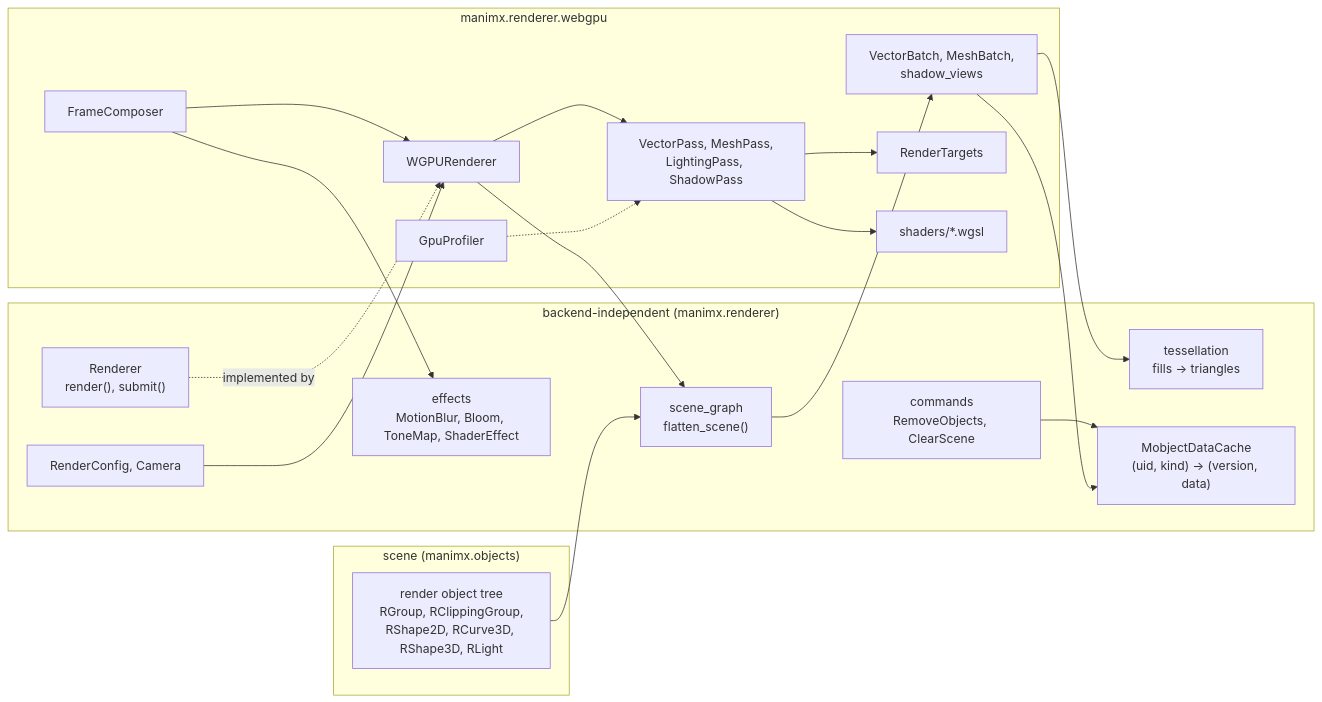
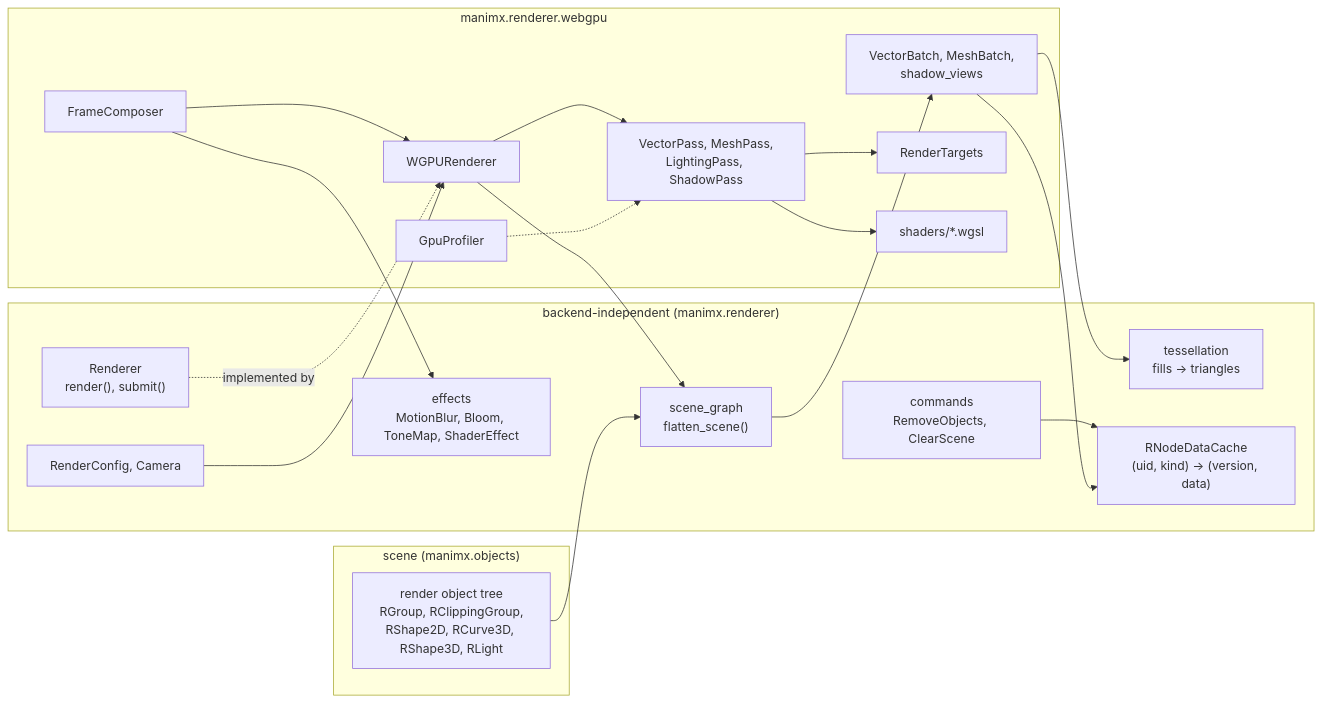
The first of 6 diagrams in manimx/manimx/renderer/README.md (MrDiver/manim), drawn with Mermaid before and after one commit. The commit also changed other lines of this file and 16 other files, not shown here.

First line of the commit message:
manimx: rename MobjectDataCache to RNodeDataCache

````diff
--- a/manimx/manimx/renderer/README.md
+++ b/manimx/manimx/renderer/README.md
@@ -158,39 +158,39 @@
 ```mermaid
 flowchart LR
     subgraph Scene["scene (manimx.objects)"]
         Tree["render object tree<br/>RGroup, RClippingGroup,<br/>RShape2D, RCurve3D, RShape3D, RLight"]
     end
 
     subgraph Backend["backend-independent (manimx.renderer)"]
         Interface["Renderer<br/>render(), submit()"]
         Graph["scene_graph<br/>flatten_scene()"]
         Tess["tessellation<br/>fills -> triangles"]
-        Cache["MobjectDataCache<br/>(uid, kind) -> (version, data)"]
+        Cache["RNodeDataCache<br/>(uid, kind) -> (version, data)"]
         Commands["commands<br/>RemoveObjects, ClearScene"]
         Config["RenderConfig, Camera"]
         Effects["effects<br/>MotionBlur, Bloom, ToneMap, ShaderEffect"]
     end
 
     subgraph WebGPU["manimx.renderer.webgpu"]
         Renderer["WGPURenderer"]
         Composer["FrameComposer"]
         Batches["VectorBatch, MeshBatch,<br/>shadow_views"]
         Passes["VectorPass, MeshPass,<br/>LightingPass, ShadowPass"]
         Targets["RenderTargets"]
         Profiler["GpuProfiler"]
         Shaders["shaders/*.wgsl"]
     end
 
     Tree --> Graph
     Interface -. implemented by .-> Renderer
     Commands --> Cache
     Renderer --> Graph --> Batches
     Batches --> Tess
     Batches --> Cache
     Renderer --> Passes --> Shaders
     Passes --> Targets
     Composer --> Renderer
     Composer --> Effects
     Config --> Renderer
     Profiler -.-> Passes
 ```
````
